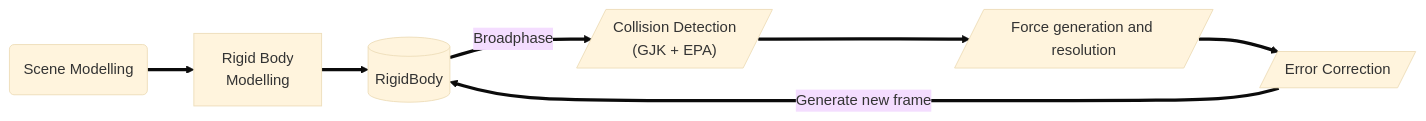
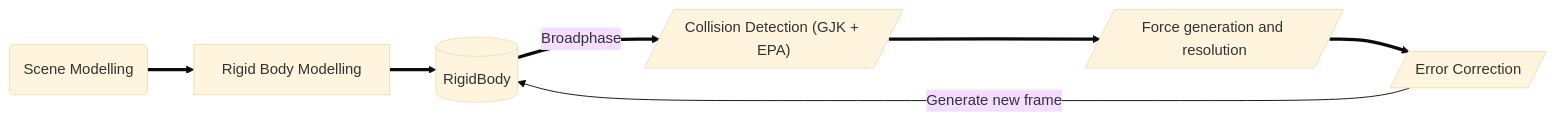
The diagram in README.md (agopinath1996/Physics-Engine), drawn with Mermaid (base theme) before and after one commit.

````diff
--- a/README.md
+++ b/README.md
@@ -9,8 +3,10 @@
 ```mermaid
 flowchart LR
     H(Scene Modelling)==>A
-    A[Rigid Body
-    Modelling] ==>dbE[("`RigidBody`")]==>|Broadphase| paraB[/"`Collision Detection 
-    (GJK + EPA)`"/] ==> paraC[/"`Force generation and resolution`"/]
-     ==>paraD[/"`Error Correction`"/]==>|Generate new frame|dbE
+    A[Rigid Body Modelling] ==>dbE[("RigidBody")]
+    dbE==>|Broadphase| paraB[/"Collision Detection (GJK + EPA)"/]
+    paraB ==> paraC[/"Force generation and resolution"/]
+    paraC ==>paraD[/"Error Correction"/]
+    paraD -->|Generate new frame|dbE
+
 ```
````
